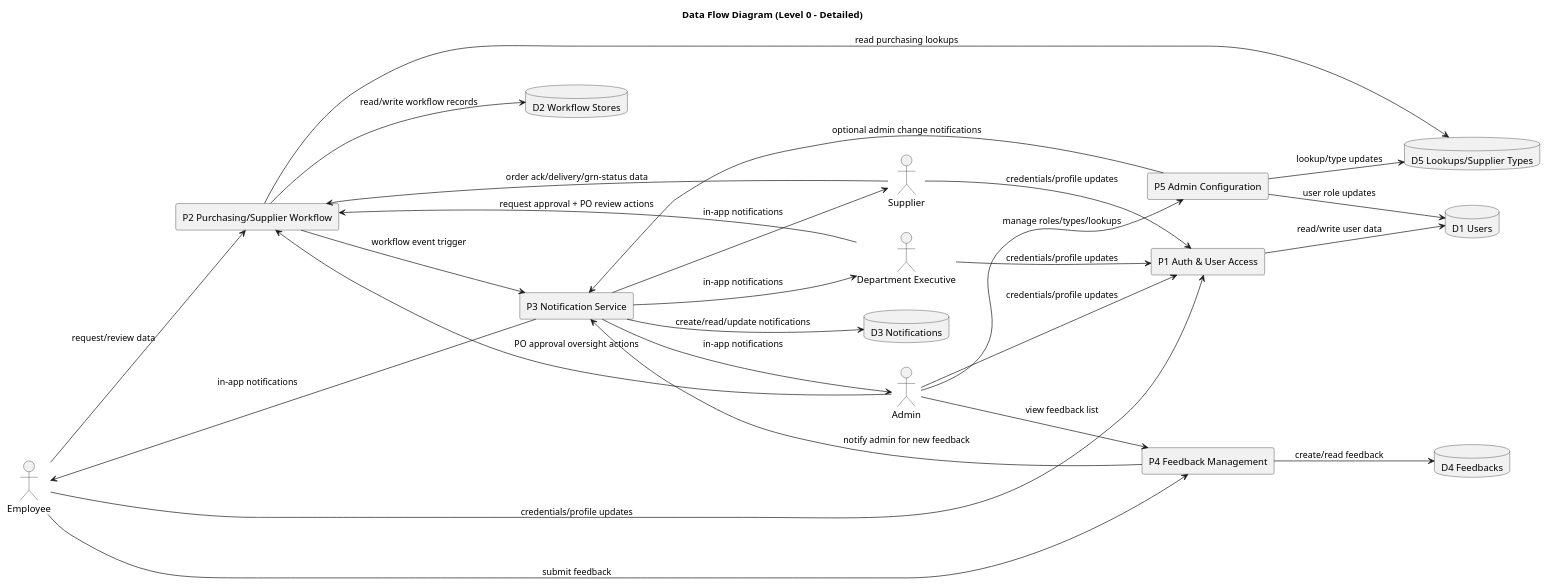
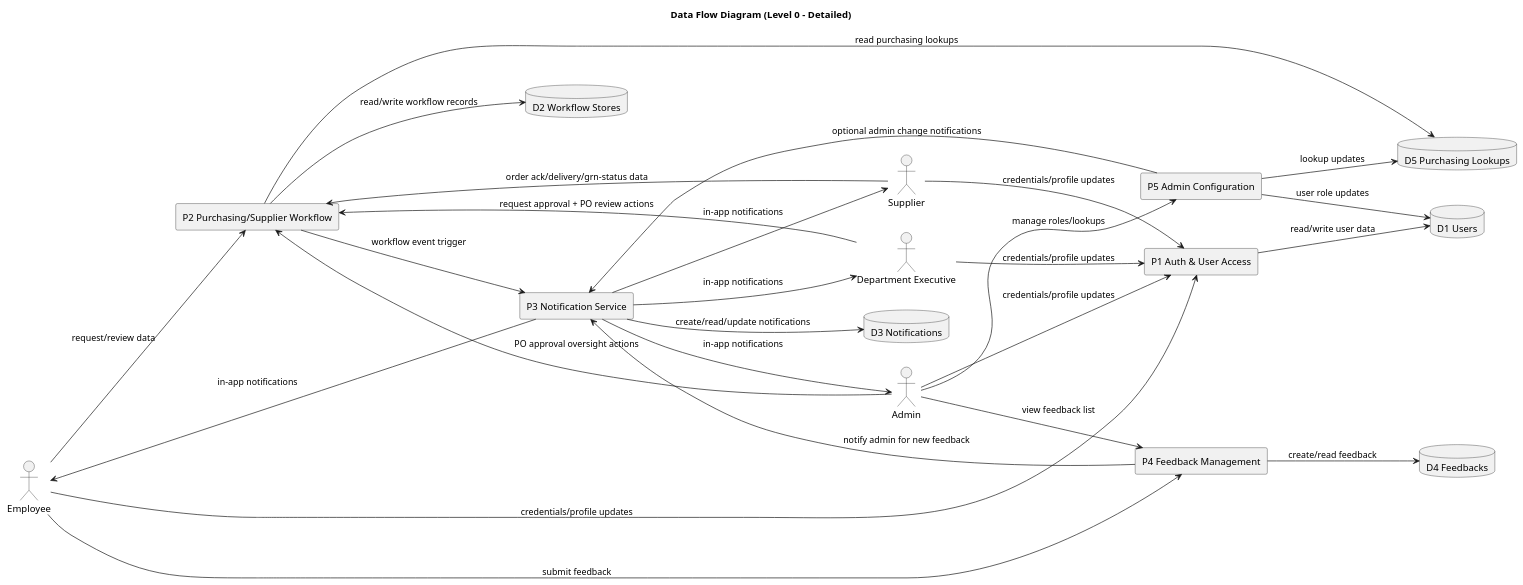
The diagram in Diagram/dfd-level0.puml (MoeyChingWei/FYP-MoeyChingWei), drawn with PlantUML before and after one commit. The commit also changed 34 other files, not shown here.

```diff
--- a/Diagram/dfd-level0.puml
+++ b/Diagram/dfd-level0.puml
@@ -1,52 +1,52 @@
 @startuml
 title Data Flow Diagram (Level 0 - Detailed)
 left to right direction
 
 actor Employee
 actor Admin
 actor "Department Executive" as DeptExecutive
 actor Supplier
 
 rectangle "P1 Auth & User Access" as P1
 rectangle "P2 Purchasing/Supplier Workflow" as P2
 rectangle "P3 Notification Service" as P3
 rectangle "P4 Feedback Management" as P4
 rectangle "P5 Admin Configuration" as P5
 
 database "D1 Users" as D1
 database "D2 Workflow Stores" as D2
 database "D3 Notifications" as D3
 database "D4 Feedbacks" as D4
-database "D5 Lookups/Supplier Types" as D5
+database "D5 Purchasing Lookups" as D5
 
 Employee --> P1 : credentials/profile updates
 Admin --> P1 : credentials/profile updates
 DeptExecutive --> P1 : credentials/profile updates
 Supplier --> P1 : credentials/profile updates
 P1 --> D1 : read/write user data
 
 Employee --> P2 : request/review data
 DeptExecutive --> P2 : request approval + PO review actions
 Admin --> P2 : PO approval oversight actions
 Supplier --> P2 : order ack/delivery/grn-status data
 P2 --> D2 : read/write workflow records
 P2 --> P3 : workflow event trigger
 P2 --> D5 : read purchasing lookups
 
 P3 --> D3 : create/read/update notifications
 P3 --> Employee : in-app notifications
 P3 --> Admin : in-app notifications
 P3 --> DeptExecutive : in-app notifications
 P3 --> Supplier : in-app notifications
 
 Employee --> P4 : submit feedback
 Admin --> P4 : view feedback list
 P4 --> D4 : create/read feedback
 P4 --> P3 : notify admin for new feedback
 
-Admin --> P5 : manage roles/types/lookups
+Admin --> P5 : manage roles/lookups
 P5 --> D1 : user role updates
-P5 --> D5 : lookup/type updates
+P5 --> D5 : lookup updates
 P5 --> P3 : optional admin change notifications
 
 @enduml
```
